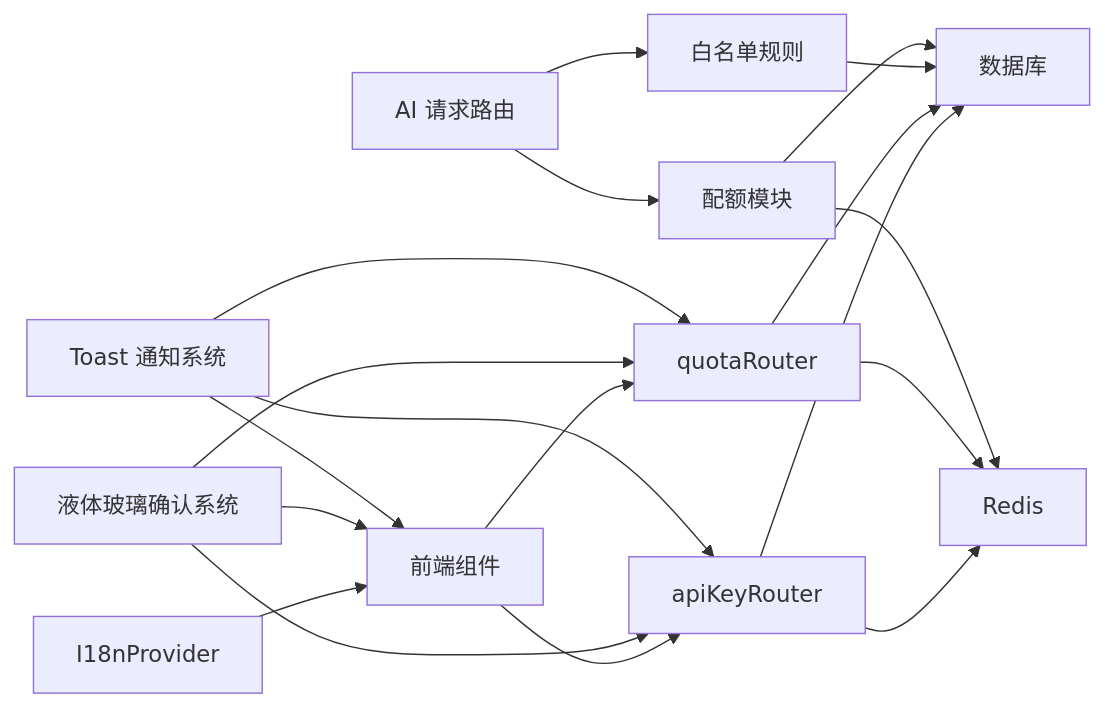
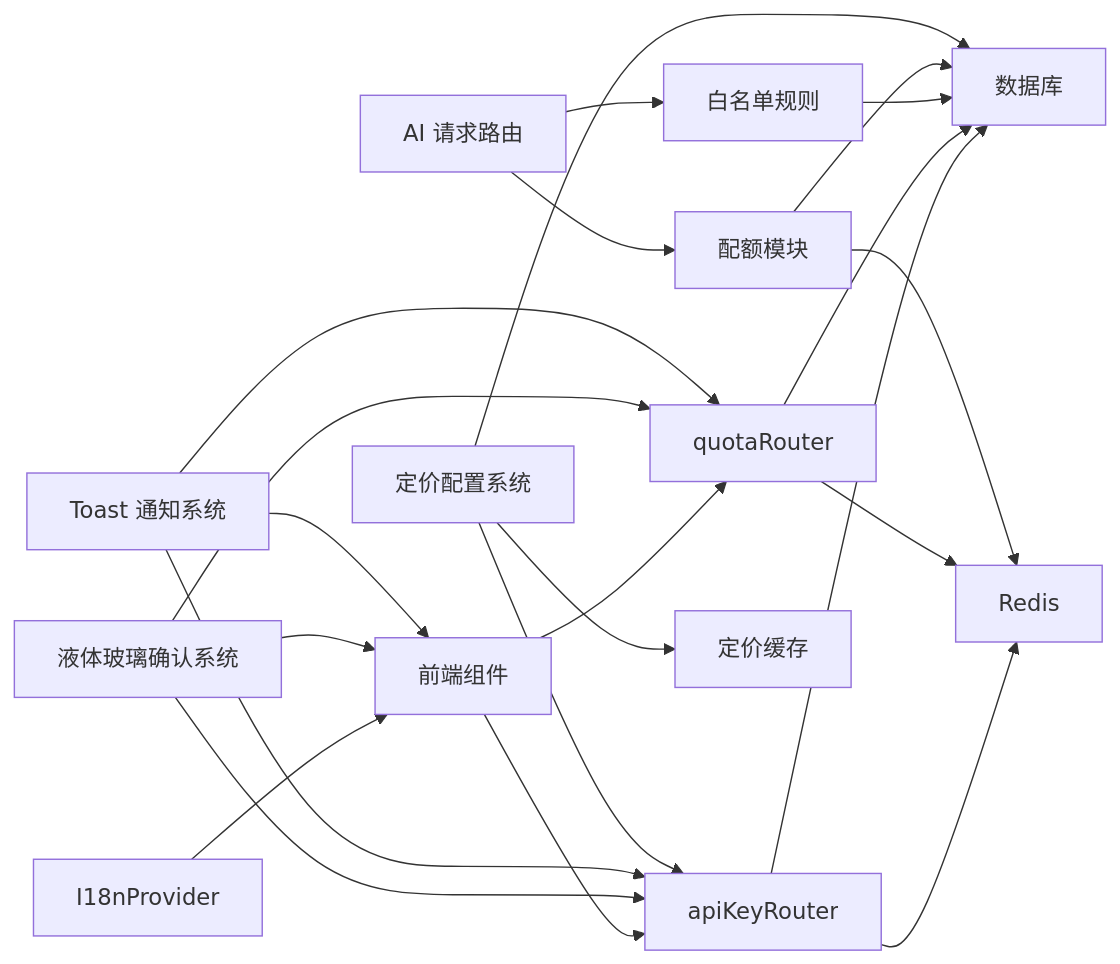
The tenth of 10 diagrams in .qoder/repowiki/zh/content/核心功能/API Key 管理.md (RadiumAg/AIGate), drawn with Mermaid before and after one commit. The commit also changed other lines of this file and 7 other files, not shown here.

````diff
--- a/.qoder/repowiki/zh/content/核心功能/API Key 管理.md
+++ b/.qoder/repowiki/zh/content/核心功能/API Key 管理.md
@@ -535,21 +673,24 @@
 ```mermaid
 graph LR
 I18n["I18nProvider"] --> UI["前端组件"]
 UI --> TPR["apiKeyRouter"]
 UI --> QR["quotaRouter"]
 TPR --> DB["数据库"]
 TPR --> RC["Redis"]
 QR --> RC
 QR --> DB
 AI["AI 请求路由"] --> WL["白名单规则"]
 AI --> QU["配额模块"]
 WL --> DB
 QU --> RC
 QU --> DB
 Confirm["液体玻璃确认系统"] --> UI
 Confirm --> TPR
 Confirm --> QR
 Toast["Toast 通知系统"] --> UI
 Toast --> TPR
 Toast --> QR
+Pricing["定价配置系统"] --> TPR
+Pricing --> DB
+Pricing --> Cache["定价缓存"]
 ```
````
